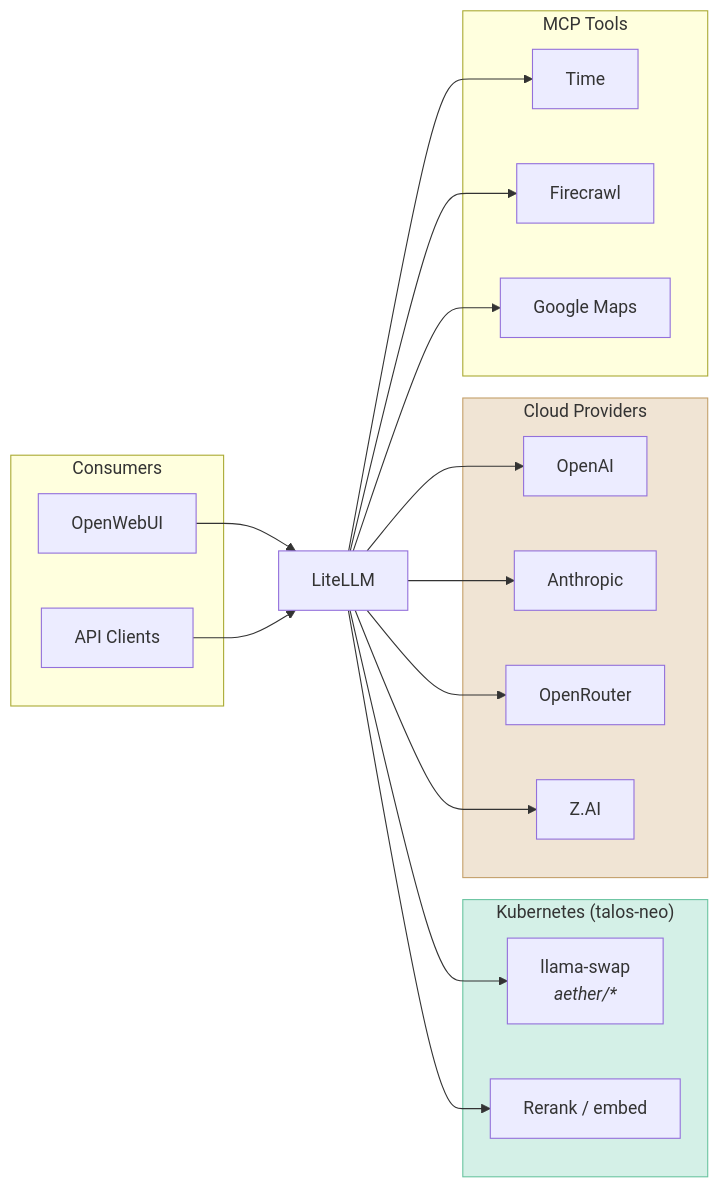
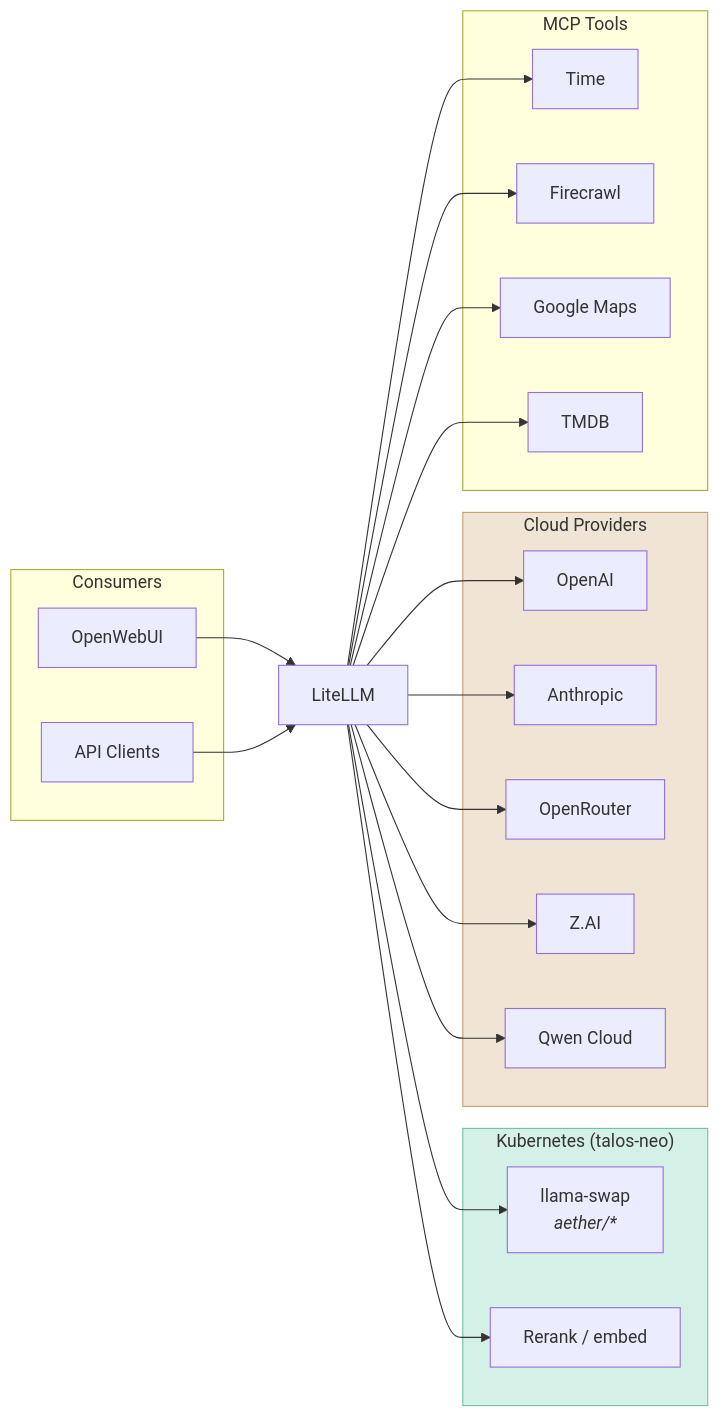
The diagram in docs/ai-ml.md (shedrachokonofua/aether), drawn with Mermaid before and after one commit. The commit also changed other lines of this file and 6 other files, not shown here.

Commit message:
feat(litellm): add qwen cloud for inquest

````diff
--- a/docs/ai-ml.md
+++ b/docs/ai-ml.md
@@ -54,35 +58,37 @@
 ```mermaid
 flowchart LR
     subgraph Consumers
         OWUI[OpenWebUI]
         API[API Clients]
     end
 
     LLM[LiteLLM]
 
     subgraph K8s["Kubernetes (talos-neo)"]
         LS[llama-swap<br/><i>aether/*</i>]
         RR[Rerank / embed]
     end
 
     subgraph Cloud["Cloud Providers"]
         OAI[OpenAI]
         ANT[Anthropic]
         OR[OpenRouter]
         ZAI[Z.AI]
+        QWEN[Qwen Cloud]
     end
 
     subgraph MCP["MCP Tools"]
         TIME[Time]
         FC[Firecrawl]
         GMAPS[Google Maps]
+        TMDB[TMDB]
     end
 
     OWUI & API --> LLM
     LLM --> LS & RR
-    LLM --> OAI & ANT & OR & ZAI
-    LLM --> TIME & FC & GMAPS
+    LLM --> OAI & ANT & OR & ZAI & QWEN
+    LLM --> TIME & FC & GMAPS & TMDB
 
     style K8s fill:#d4f0e7,stroke:#6ac4a0
     style Cloud fill:#f0e4d4,stroke:#c4a06a
 ```
````
